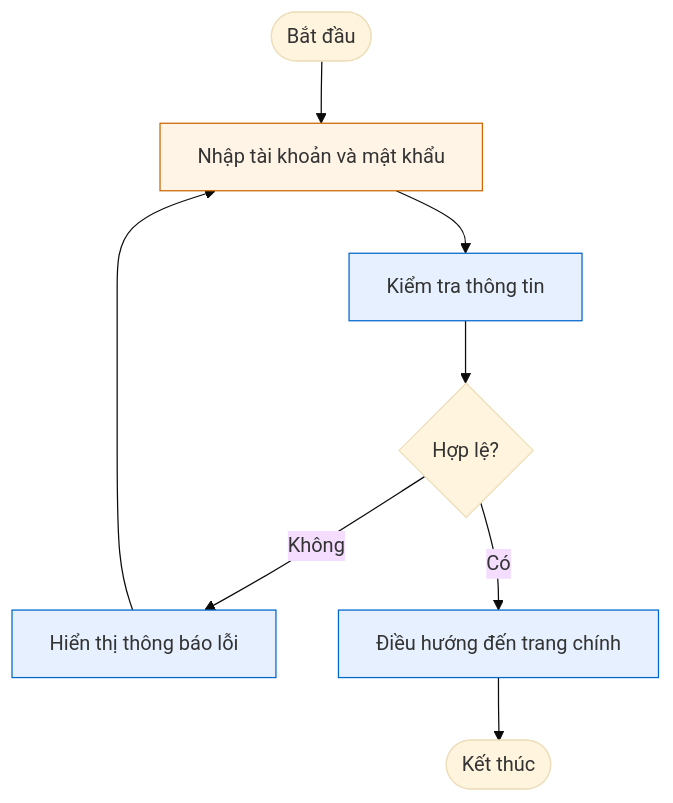
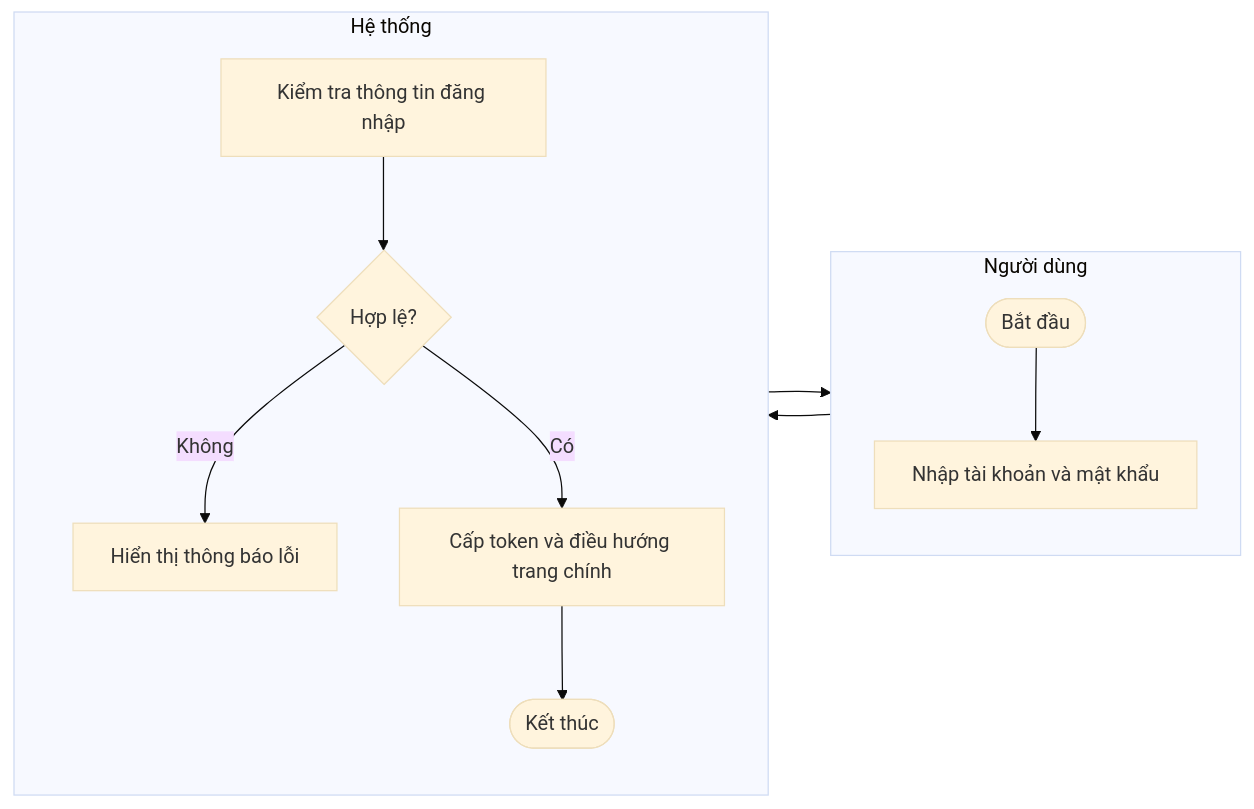
One commit to tranducbk/DATN_PM_QLKT changed the first of 8 diagrams in docs/diagrams/02-activity.md. Above: the diagram before and after it, drawn with Mermaid (base theme). The commit also changed other lines of this file and 29 other files, not shown here.

First line of the commit message:
Update CLAUDE.md with additional validation rules and introduce new database schema

````diff
--- a/docs/diagrams/02-activity.md
+++ b/docs/diagrams/02-activity.md
@@ -11,19 +11,20 @@
 ```mermaid
-flowchart TD
-    Start([Bắt đầu])
-    A1[Nhập tài khoản và mật khẩu]
-    S1[Kiểm tra thông tin]
-    D1{Hợp lệ?}
-    S2[Hiển thị thông báo lỗi]
-    S3[Điều hướng đến trang chính]
-    End([Kết thúc])
+flowchart LR
+    subgraph NguoiDung["Người dùng"]
+        direction TB
+        Start([Bắt đầu])
+        A1[Nhập tài khoản và mật khẩu]
+    end
+    subgraph HeTHong["Hệ thống"]
+        direction TB
+        S1[Kiểm tra thông tin đăng nhập]
+        D1{Hợp lệ?}
+        S2[Hiển thị thông báo lỗi]
+        S3[Cấp token và điều hướng trang chính]
+        End([Kết thúc])
+    end
 
     Start --> A1 --> S1 --> D1
     D1 -- Không --> S2 --> A1
     D1 -- Có --> S3 --> End
-
-    classDef actor fill:#fff4e6,stroke:#cc6600
-    classDef system fill:#e6f0ff,stroke:#0066cc
-    class A1 actor
-    class S1,S2,S3 system
 ```
````
